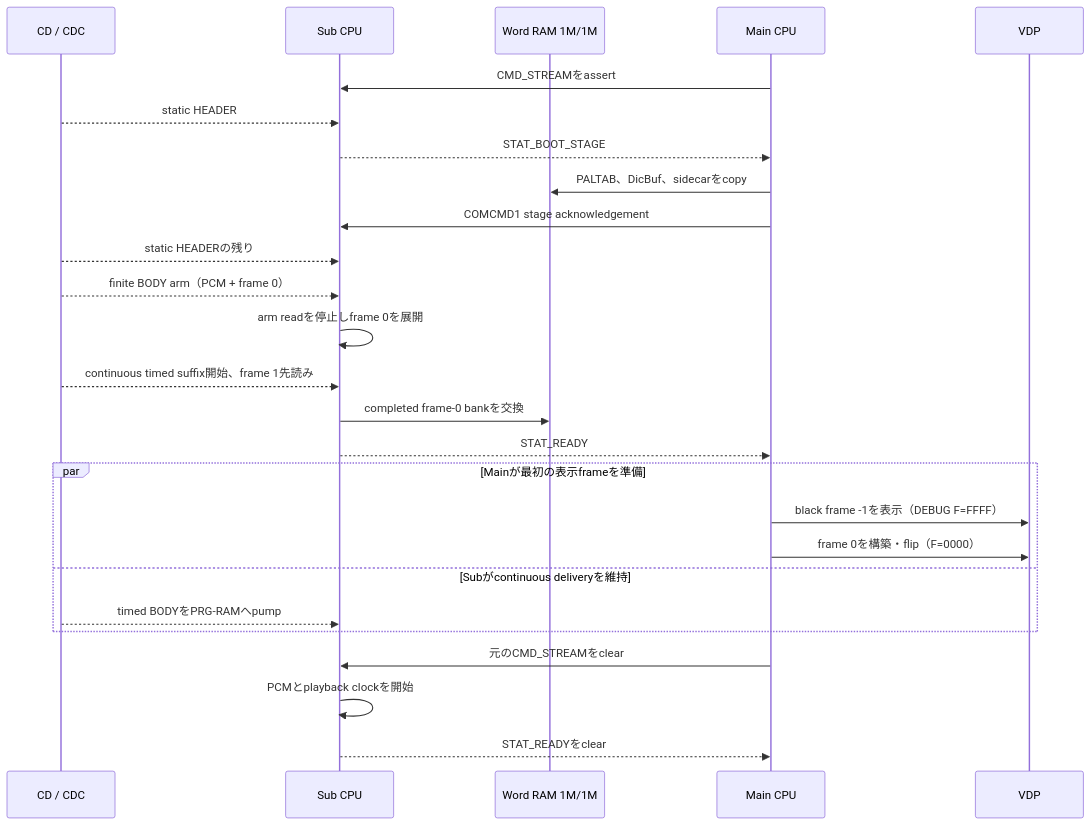
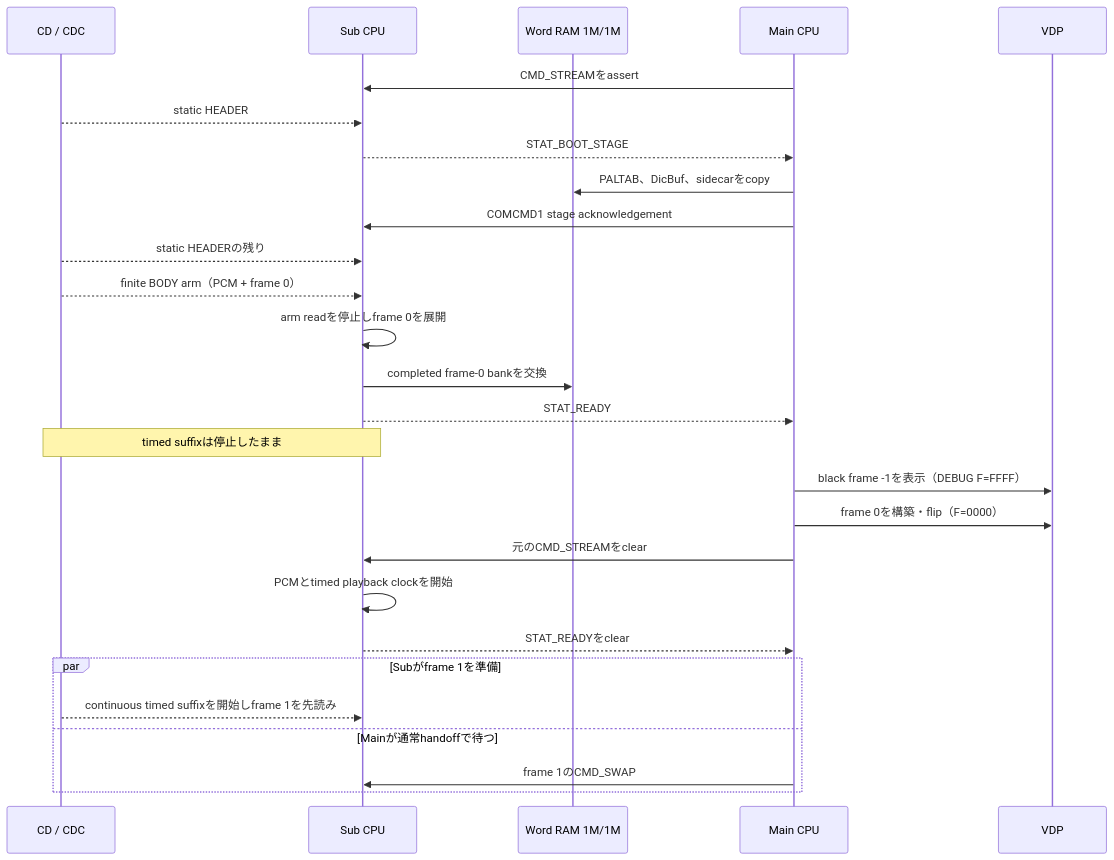
One commit to akiyan/segacd-fmv-cavc changed the third of 4 diagrams in PLAYER.md. Above: the diagram before and after it, drawn with Mermaid. The commit also changed other lines of this file and 8 other files, not shown here.

````diff
--- a/PLAYER.md
+++ b/PLAYER.md
@@ -473,29 +484,30 @@
 ```mermaid
 sequenceDiagram
     participant CD as CD / CDC
     participant S as Sub CPU
     participant W as Word RAM 1M/1M
     participant M as Main CPU
     participant V as VDP
 
     M->>S: CMD_STREAMをassert
     CD-->>S: static HEADER
     S-->>M: STAT_BOOT_STAGE
     M->>W: PALTAB、DicBuf、sidecarをcopy
     M->>S: COMCMD1 stage acknowledgement
     CD-->>S: static HEADERの残り
     CD-->>S: finite BODY arm（PCM + frame 0）
     S->>S: arm readを停止しframe 0を展開
-    CD-->>S: continuous timed suffix開始、frame 1先読み
     S->>W: completed frame-0 bankを交換
     S-->>M: STAT_READY
-    par Mainが最初の表示frameを準備
-        M->>V: black frame -1を表示（DEBUG F=FFFF）
-        M->>V: frame 0を構築・flip（F=0000）
-    and Subがcontinuous deliveryを維持
-        CD-->>S: timed BODYをPRG-RAMへpump
+    Note over S,CD: timed suffixは停止したまま
+    M->>V: black frame -1を表示（DEBUG F=FFFF）
+    M->>V: frame 0を構築・flip（F=0000）
+    M->>S: 元のCMD_STREAMをclear
+    S->>S: PCMとtimed playback clockを開始
+    S-->>M: STAT_READYをclear
+    par Subがframe 1を準備
+        CD-->>S: continuous timed suffixを開始しframe 1を先読み
+    and Mainが通常handoffで待つ
+        M->>S: frame 1のCMD_SWAP
     end
-    M->>S: 元のCMD_STREAMをclear
-    S->>S: PCMとplayback clockを開始
-    S-->>M: STAT_READYをclear
 ```
````
